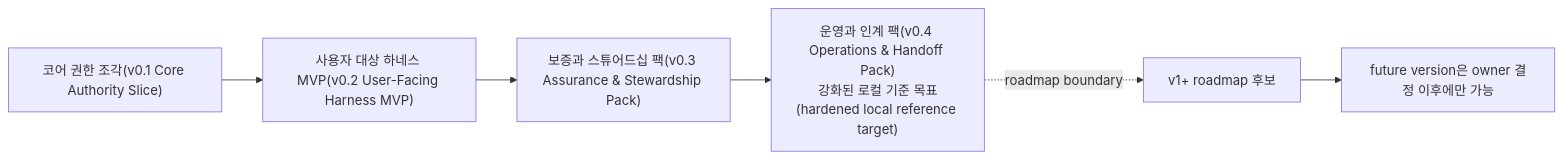
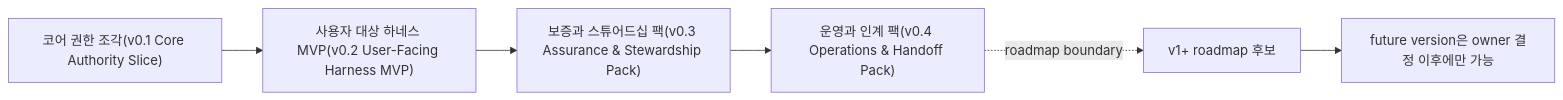
Before and after one commit to minjungw00/Harness_Project: the first of 4 diagrams in docs/ko/roadmap.md, drawn with Mermaid. The commit also changed other lines of this file and 28 other files, not shown here.

Commit message:
docs: clarify hardened reference target terminology

````diff
--- a/docs/ko/roadmap.md
+++ b/docs/ko/roadmap.md
@@ -31,8 +31,8 @@
 ```mermaid
 flowchart LR
   Kernel["코어 권한 조각(v0.1 Core Authority Slice)"] --> MVP["사용자 대상 하네스 MVP(v0.2 User-Facing Harness MVP)"]
   MVP --> Agency["보증과 스튜어드십 팩(v0.3 Assurance & Stewardship Pack)"]
-  Agency --> Ops["운영과 인계 팩(v0.4 Operations & Handoff Pack)<br/>강화된 로컬 기준 목표(hardened local reference target)"]
+  Agency --> Ops["운영과 인계 팩(v0.4 Operations & Handoff Pack)"]
   Ops -. roadmap boundary .-> Later["v1+ roadmap 후보"]
   Later --> Promote["future version은 owner 결정 이후에만 가능"]
 ```
````
